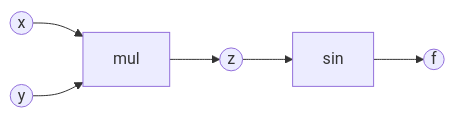
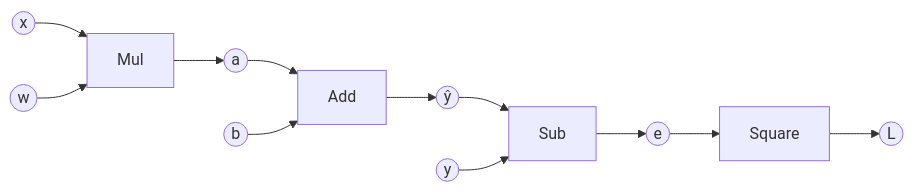
Before and after one commit to datawhalechina/deep-learning-notes: the first of 3 diagrams in zh/ch1-introduction/ch1.3-computation-graph.qmd, drawn with Mermaid. The commit also changed other lines of this file, not shown here.

Commit message:
DOC/REF: Rewrite chapter 1.3 with improved explanations and examples for computation graph and backpropagation

````diff
--- a/zh/ch1-introduction/ch1.3-computation-graph.qmd
+++ b/zh/ch1-introduction/ch1.3-computation-graph.qmd
@@ -78,11 +177,16 @@
 ```{mermaid}
-%%| fig-width: 60%
-%%| fig-cap: "图 1.3.2：一个简单的计算图"
+%%| fig-cap: "图 1.3.2 一个简单模型的计算图"
 
 flowchart LR
-    x((x)) --> mul[mul]
-    y((y)) --> mul
-    mul --> z((z))
-    z --> sin[sin]
-    sin --> f((f))
+    x((x)) --> mul[Mul]
+    w((w)) --> mul
+    mul --> a((a))
+    a --> add[Add]
+    b((b)) --> add
+    add --> yhat((ŷ))
+    yhat --> sub[Sub]
+    y((y)) --> sub
+    sub --> e((e))
+    e --> square[Square]
+    square --> L((L))
 ```
````
